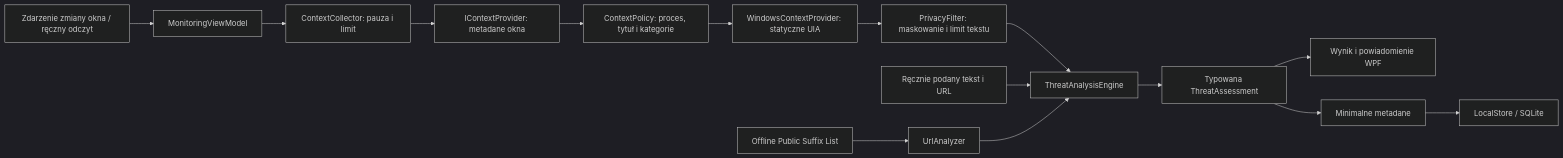
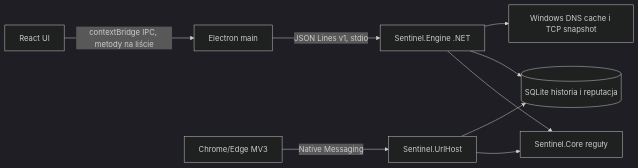
The diagram in ARCHITECTURE.md (Matyyyy68/asystent), drawn with Mermaid (dark theme) before and after one commit. The commit also changed other lines of this file and 98 other files, not shown here.

Commit message:
Rebuild Sentinel AI User desktop architecture

````diff
--- a/ARCHITECTURE.md
+++ b/ARCHITECTURE.md
@@ -7,17 +3,11 @@
 ```mermaid
 flowchart LR
-    W[Zdarzenie zmiany okna / ręczny odczyt] --> M[MonitoringViewModel]
-    M --> C[ContextCollector: pauza i limit]
-    C --> D[IContextProvider: metadane okna]
-    D --> P[ContextPolicy: proces, tytuł i kategorie]
-    P --> U[WindowsContextProvider: statyczne UIA]
-    U --> F[PrivacyFilter: maskowanie i limit tekstu]
-    F --> E[ThreatAnalysisEngine]
-    I[Ręcznie podany tekst i URL] --> E
-    PSL[Offline Public Suffix List] --> A[UrlAnalyzer]
-    A --> E
-    E --> T[Typowana ThreatAssessment]
-    T --> V[Wynik i powiadomienie WPF]
-    T --> H[Minimalne metadane]
-    H --> S[LocalStore / SQLite]
+  R[React UI] -->|contextBridge IPC, metody na liście| E[Electron main]
+  E -->|JSON Lines v1, stdio| P[Sentinel.Engine .NET]
+  P --> C[Sentinel.Core reguły]
+  P --> S[(SQLite historia i reputacja)]
+  P --> D[Windows DNS cache i TCP snapshot]
+  X[Chrome/Edge MV3] -->|Native Messaging| H[Sentinel.UrlHost]
+  H --> C
+  H --> S
 ```
````
